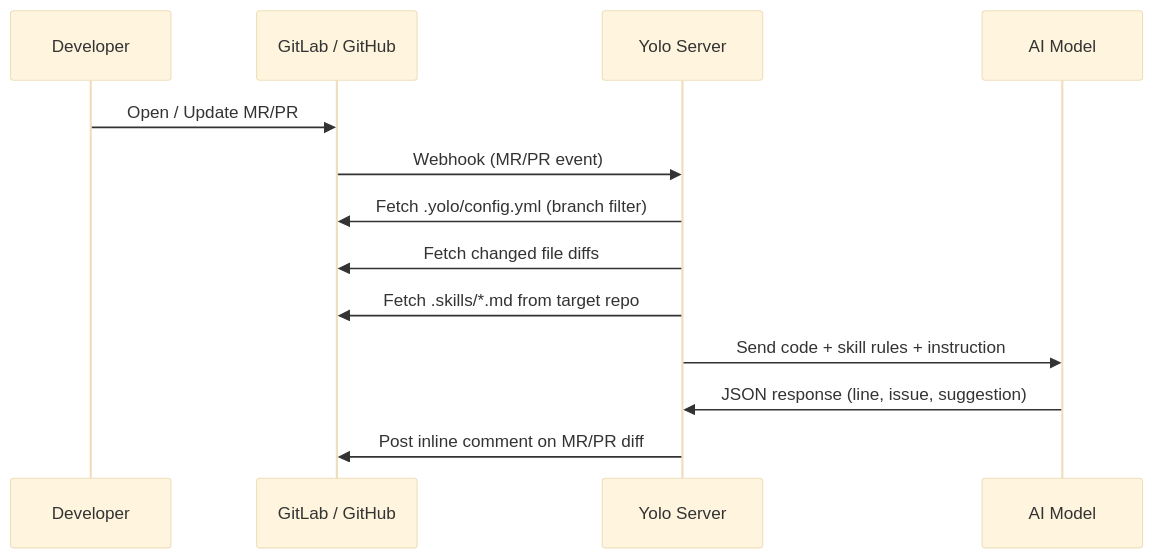
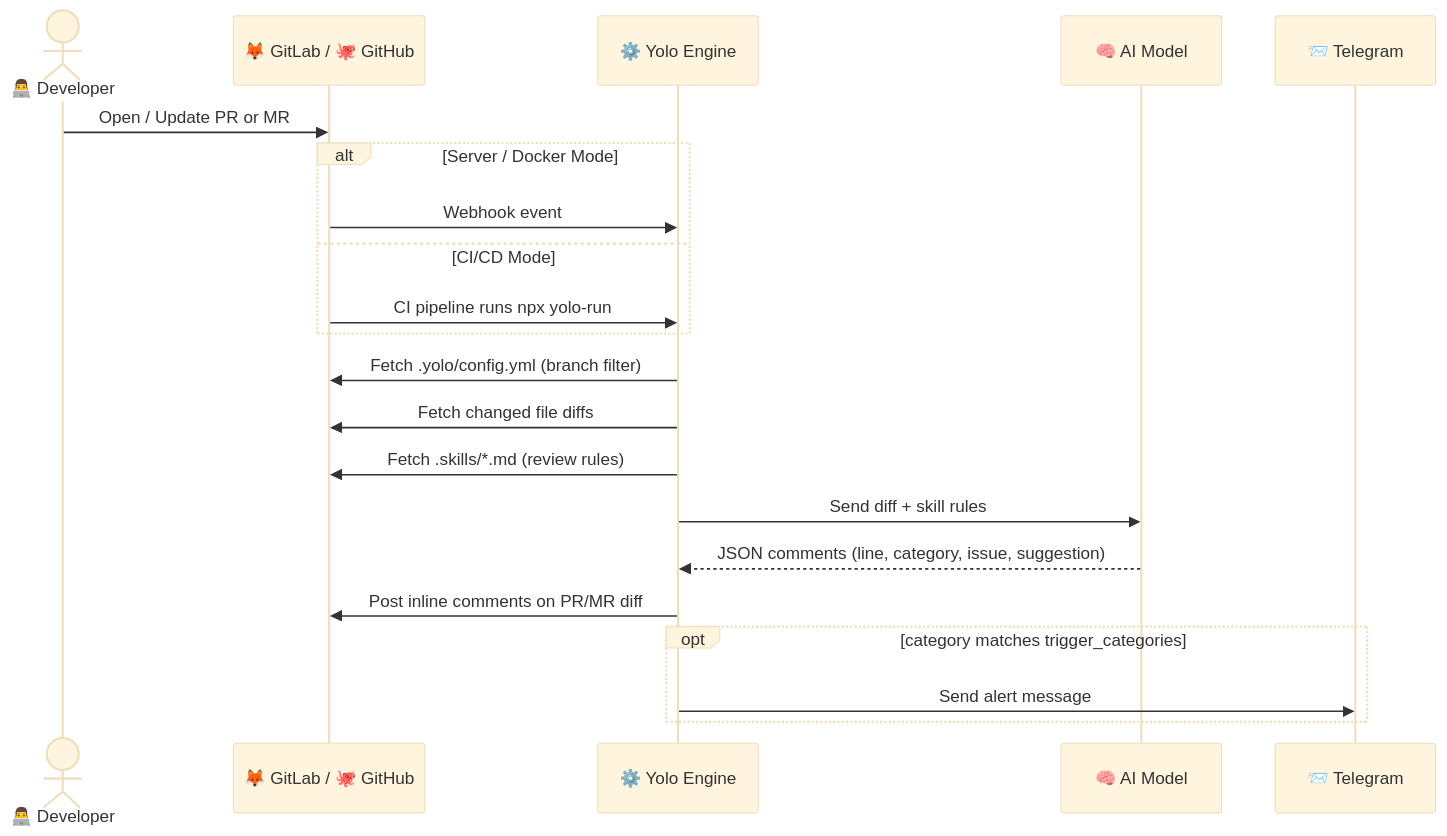
The diagram in README.md (akhfasarrofi/yolo-reviewer), drawn with Mermaid (base theme) before and after one commit. The commit also changed other lines of this file and 5 other files, not shown here.

Commit message:
feat: add GitHub and GitLab CI templates, publish workflow, and update package.json for project structure

````diff
--- a/README.md
+++ b/README.md
@@ -22,16 +26,29 @@
 ```mermaid
 sequenceDiagram
-    participant Dev as Developer
-    participant GL as GitLab / GitHub
-    participant Yolo as Yolo Server
-    participant AI as AI Model
+    actor Dev as 👨‍💻 Developer
+    participant GL as 🦊 GitLab / 🐙 GitHub
+    participant Yolo as ⚙️ Yolo Engine
+    participant AI as 🧠 AI Model
+    participant TG as 📨 Telegram
 
-    Dev->>GL: Open / Update MR/PR
-    GL->>Yolo: Webhook (MR/PR event)
+    Dev->>GL: Open / Update PR or MR
+
+    alt Server / Docker Mode
+        GL->>Yolo: Webhook event
+    else CI/CD Mode
+        GL->>Yolo: CI pipeline runs npx yolo-run
+    end
+
     Yolo->>GL: Fetch .yolo/config.yml (branch filter)
     Yolo->>GL: Fetch changed file diffs
-    Yolo->>GL: Fetch .skills/*.md from target repo
-    Yolo->>AI: Send code + skill rules + instruction
-    AI->>Yolo: JSON response (line, issue, suggestion)
-    Yolo->>GL: Post inline comment on MR/PR diff
+    Yolo->>GL: Fetch .skills/*.md (review rules)
+
+    Yolo->>AI: Send diff + skill rules
+    AI-->>Yolo: JSON comments (line, category, issue, suggestion)
+
+    Yolo->>GL: Post inline comments on PR/MR diff
+
+    opt category matches trigger_categories
+        Yolo->>TG: Send alert message
+    end
 ```
````
